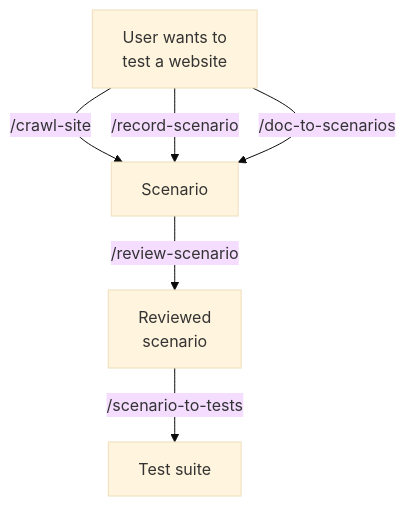
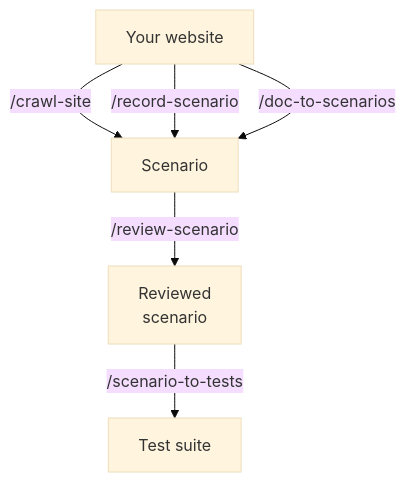
The diagram in website/playwright-scenarios/docs/index.md (mattbobambrose/playwright-scenarios), drawn with Mermaid (base theme) before and after one commit.

Commit message:
How-it-works: rename start node from "User wants to test a website" to "Your website" (#24)
The other three nodes in the workflow Mermaid (Scenario,
Reviewed scenario, Test suite) are noun phrases. The start node
was a complete sentence, which broke the pattern visually and
made the diagram heavier than it needs to be. "Your website"
also matches the second-person framing used elsewhere in the
docs ("Bring your own site" in the tutorial preamble) and drops
the soft line break, so the node renders tighter.

````diff
--- a/website/playwright-scenarios/docs/index.md
+++ b/website/playwright-scenarios/docs/index.md
@@ -17,9 +17,9 @@
 ``` mermaid
 graph TD
-    A[User wants to<br/>test a website]
+    A[Your website]
     A -->|"/crawl-site"| B[Scenario]
     A -->|"/record-scenario"| B
     A -->|"/doc-to-scenarios"| B
     B -->|"/review-scenario"| C[Reviewed<br/>scenario]
     C -->|"/scenario-to-tests"| D[Test suite]
 ```
````
